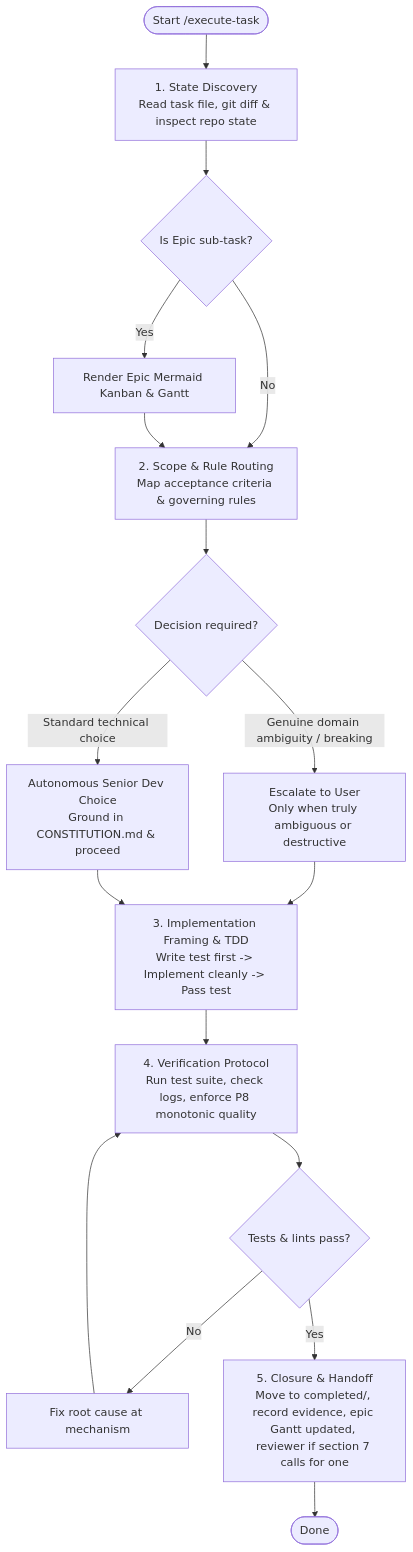
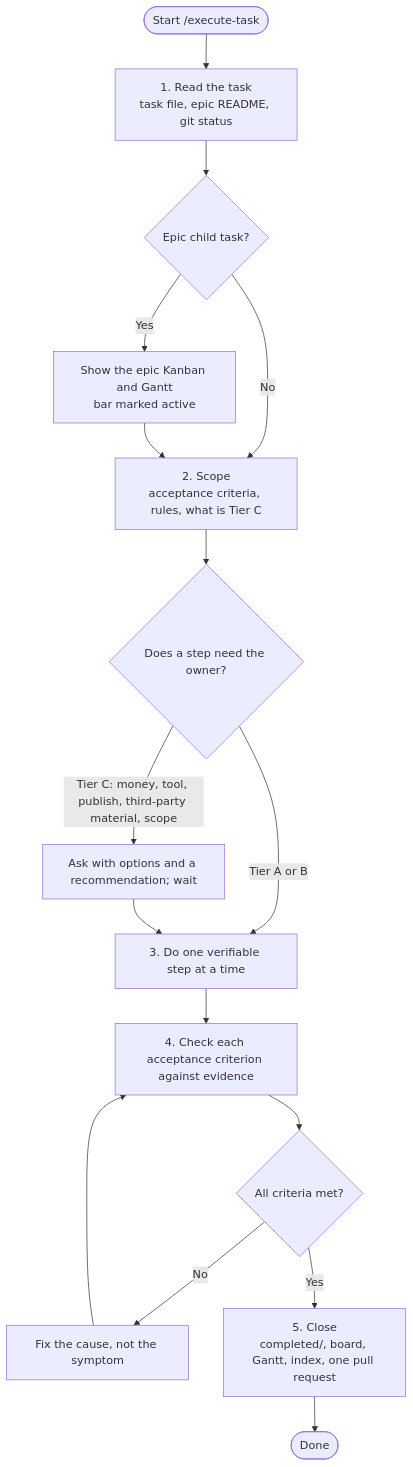
Before and after one commit to anhembedded/Youtube-Plan: the diagram in .claude/skills/execute-task/SKILL.md, drawn with Mermaid. The commit also changed other lines of this file and 22 other files, not shown here.

````diff
--- a/.claude/skills/execute-task/SKILL.md
+++ b/.claude/skills/execute-task/SKILL.md
@@ -12,20 +12,17 @@
 ```mermaid
 flowchart TD
-    Start(["Start /execute-task"]) --> Discover["1. State Discovery<br/>Read task file, git diff & inspect repo state"]
-    Discover --> BoardCheck{"Is Epic sub-task?"}
-    BoardCheck -- Yes --> RenderBoard["Render Epic Mermaid Kanban & Gantt"]
-    BoardCheck -- No --> ScopeTask["2. Scope & Rule Routing<br/>Map acceptance criteria & governing rules"]
-    RenderBoard --> ScopeTask
-
-    ScopeTask --> DecisionCheck{"Decision required?"}
-    DecisionCheck -- Standard technical choice --> AutoDecide["Autonomous Senior Dev Choice<br/>Ground in CONSTITUTION.md & proceed"]
-    DecisionCheck -- Genuine domain ambiguity / breaking --> AskUser["Escalate to User<br/>Only when truly ambiguous or destructive"]
-    AskUser --> TDD
-    AutoDecide --> TDD
-
-    TDD["3. Implementation Framing & TDD<br/>Write test first -> Implement cleanly -> Pass test"] --> Verify["4. Verification Protocol<br/>Run test suite, check logs, enforce P8 monotonic quality"]
-    Verify --> QualityGate{"Tests & lints pass?"}
-    QualityGate -- No --> Fix["Fix root cause at mechanism"] --> Verify
-    QualityGate -- Yes --> Complete["5. Closure & Handoff<br/>Move to completed/, record evidence, epic Gantt updated, reviewer if section 7 calls for one"]
-    Complete --> Done(["Done"])
+    Start(["Start /execute-task"]) --> Read["1. Read the task<br/>task file, epic README, git status"]
+    Read --> IsChild{"Epic child task?"}
+    IsChild -- Yes --> Board["Show the epic Kanban and Gantt<br/>bar marked active"]
+    IsChild -- No --> Scope
+    Board --> Scope["2. Scope<br/>acceptance criteria, rules, what is Tier C"]
+    Scope --> Tier{"Does a step need the owner?"}
+    Tier -- "Tier A or B" --> Work
+    Tier -- "Tier C: money, tool, publish, third-party material, scope" --> Ask["Ask with options and a recommendation; wait"]
+    Ask --> Work["3. Do one verifiable step at a time"]
+    Work --> Check["4. Check each acceptance criterion against evidence"]
+    Check --> Ok{"All criteria met?"}
+    Ok -- No --> Fix["Fix the cause, not the symptom"] --> Check
+    Ok -- Yes --> Close["5. Close<br/>completed/, board, Gantt, index, one pull request"]
+    Close --> Done(["Done"])
 ```
````
